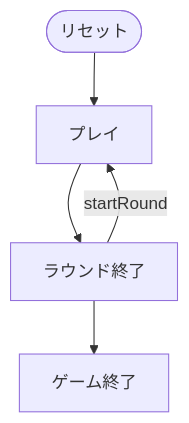
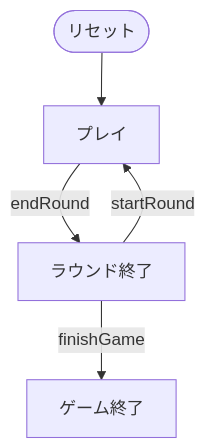
Before and after one commit to yuta-yoshinaga/go_trumpcards: the diagram in docs/manual/cui/hachihachi.md, drawn with Mermaid. The commit also changed 53 other files, not shown here.

````diff
--- a/docs/manual/cui/hachihachi.md
+++ b/docs/manual/cui/hachihachi.md
@@ -46,7 +46,10 @@
 ```mermaid
 flowchart TD
     S(["リセット"]) --> P0
-    P0["プレイ"] --> P1["ラウンド終了"]
-    P1["ラウンド終了"] --> P2["ゲーム終了"]
+    P0["プレイ"]
+    P1["ラウンド終了"]
+    P2["ゲーム終了"]
     P1 -->|startRound| P0
+    P0 -->|endRound| P1
+    P1 -->|finishGame| P2
 ```
````
